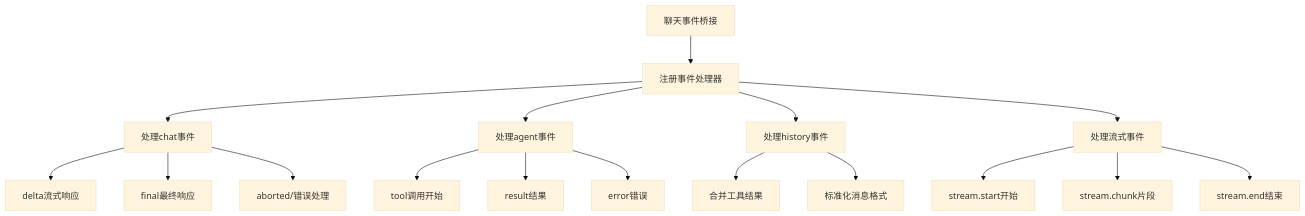
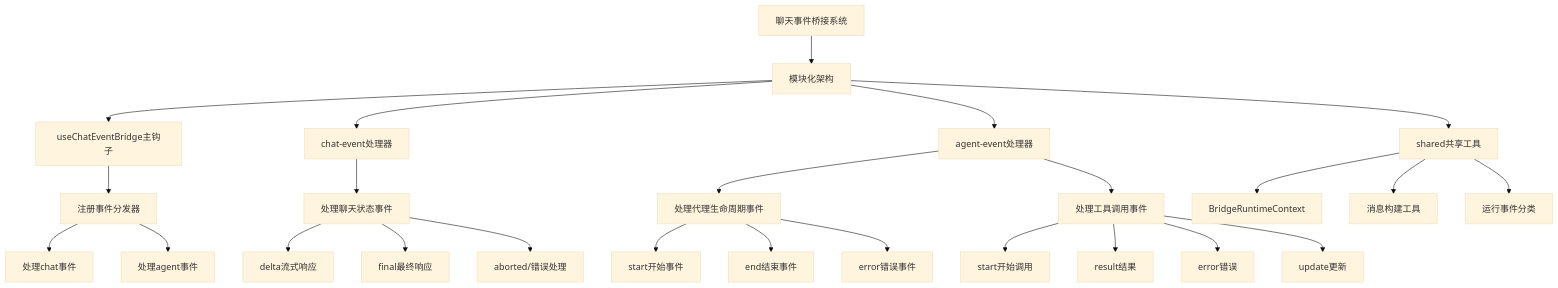
Before and after one commit to verse-ai-org/openclaw: the sixth of 51 diagrams in .qoder/repowiki/zh/content/Web界面/UI组件系统/UI组件系统.md, drawn with Mermaid (base theme). The commit also changed other lines of this file and 20 other files, not shown here.

````diff
--- a/.qoder/repowiki/zh/content/Web界面/UI组件系统/UI组件系统.md
+++ b/.qoder/repowiki/zh/content/Web界面/UI组件系统/UI组件系统.md
@@ -516,19 +552,27 @@
 ```mermaid
 flowchart TD
-A[聊天事件桥接] --> B[注册事件处理器]
-B --> C[处理chat事件]
-B --> D[处理agent事件]
-B --> E[处理history事件]
-B --> F[处理流式事件]
-C --> G[delta流式响应]
-C --> H[final最终响应]
-C --> I[aborted/错误处理]
-D --> J[tool调用开始]
-D --> K[result结果]
-D --> L[error错误]
-E --> M[合并工具结果]
-E --> N[标准化消息格式]
-F --> O[stream.start开始]
-F --> P[stream.chunk片段]
-F --> Q[stream.end结束]
+A[聊天事件桥接系统] --> B[模块化架构]
+B --> C[useChatEventBridge主钩子]
+B --> D[chat-event处理器]
+B --> E[agent-event处理器]
+B --> F[shared共享工具]
+C --> G[注册事件分发器]
+G --> H[处理chat事件]
+G --> I[处理agent事件]
+D --> J[处理聊天状态事件]
+J --> K[delta流式响应]
+J --> L[final最终响应]
+J --> M[aborted/错误处理]
+E --> N[处理代理生命周期事件]
+N --> O[start开始事件]
+N --> P[end结束事件]
+N --> Q[error错误事件]
+E --> R[处理工具调用事件]
+R --> S[start开始调用]
+R --> T[result结果]
+R --> U[error错误]
+R --> V[update更新]
+F --> W[BridgeRuntimeContext]
+F --> X[消息构建工具]
+F --> Y[运行事件分类]
 ```
````
